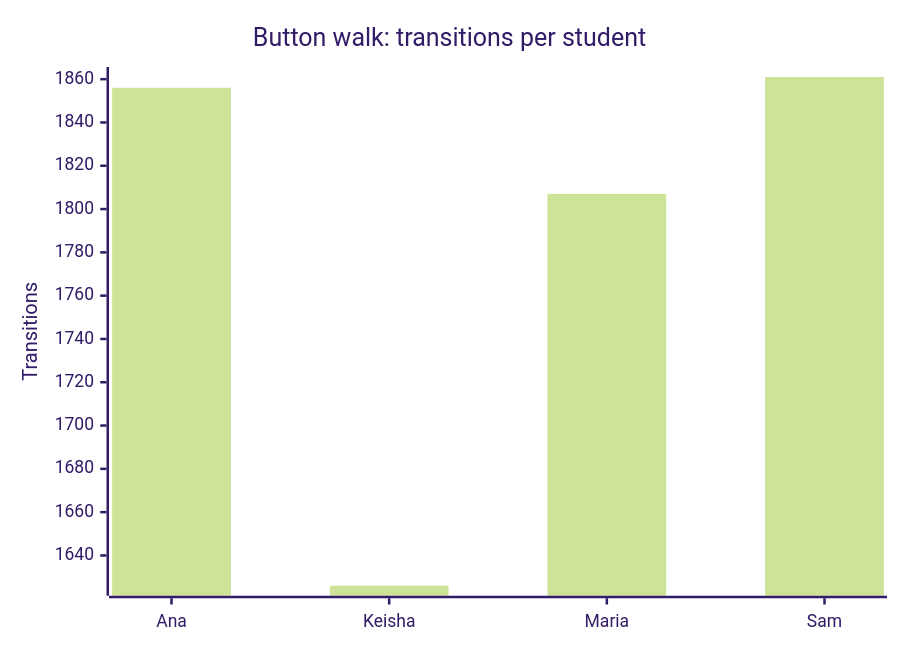
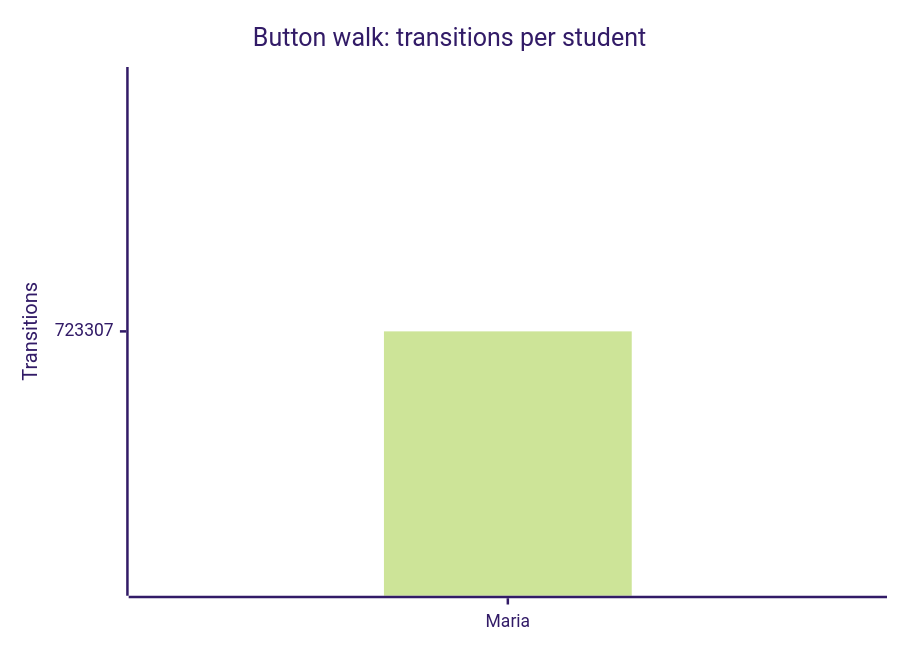
One commit to russlittle/ZTHR changed the second of 3 diagrams in docs/testing/coverage.md. Above: the diagram before and after it, drawn with Mermaid (forest theme). The commit also changed other lines of this file and 857 other files, not shown here.

````diff
--- a/docs/testing/coverage.md
+++ b/docs/testing/coverage.md
@@ -33,7 +33,7 @@
 ```mermaid
 xychart-beta
   title "Button walk: transitions per student"
-  x-axis ["Ana", "Keisha", "Maria", "Sam"]
+  x-axis ["Maria"]
   y-axis "Transitions"
-  bar [1856, 1626, 1807, 1861]
+  bar [723307]
 ```
````
